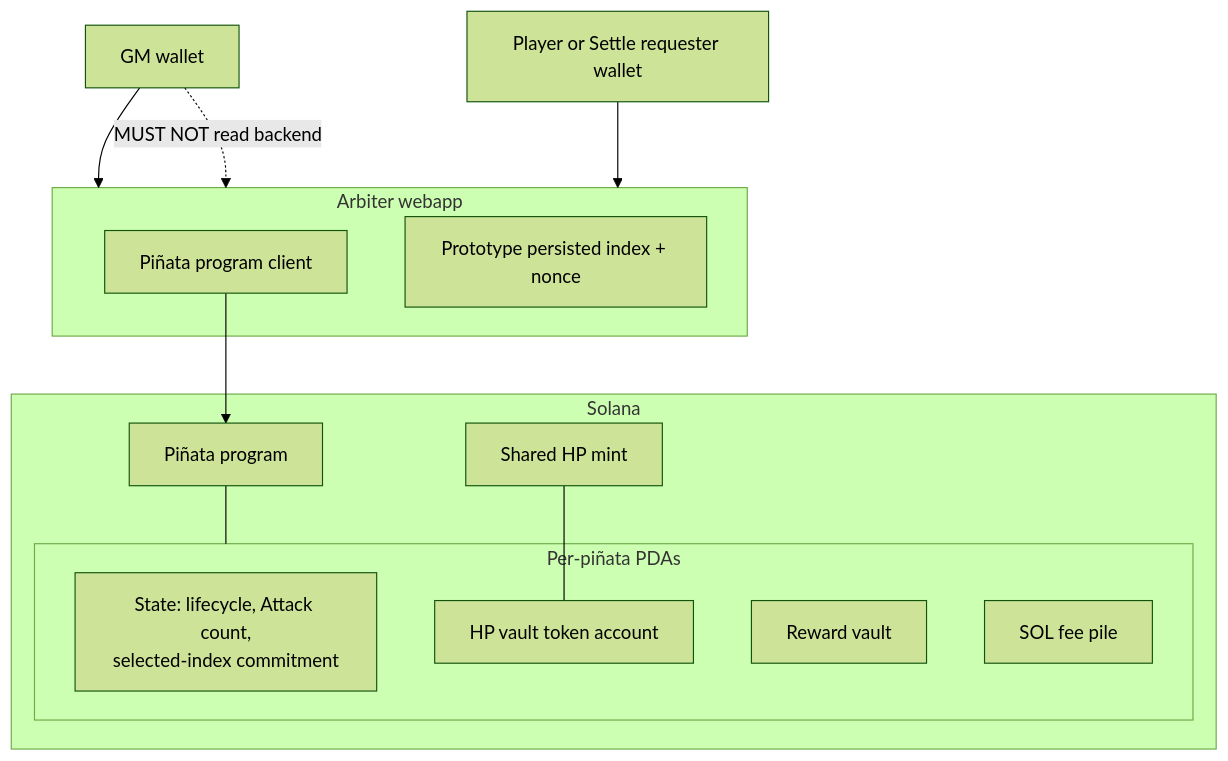
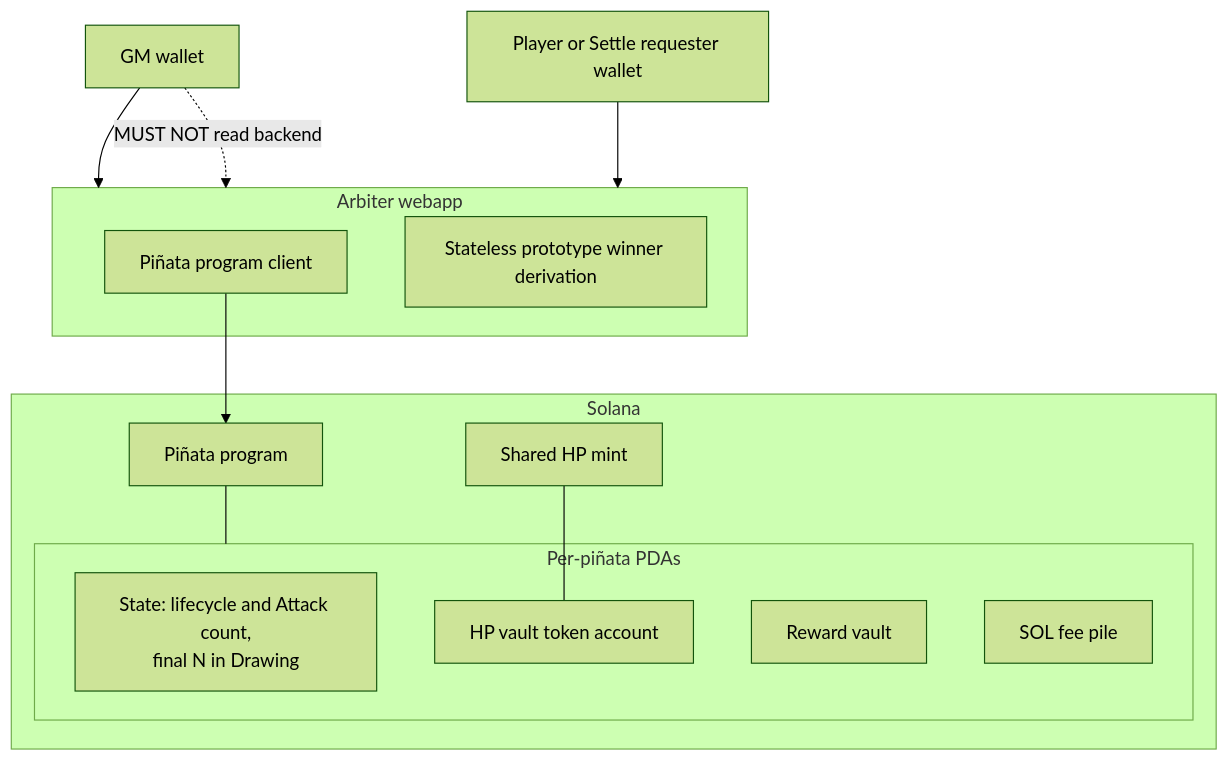
One commit to kilogold/confidential-pinata changed the first of 2 diagrams in docs/deployment.md. Above: the diagram before and after it, drawn with Mermaid (forest theme). The commit also changed other lines of this file and 6 other files, not shown here.

Commit message:
Document stateless prototype raffle derivation

````diff
--- a/docs/deployment.md
+++ b/docs/deployment.md
@@ -13,28 +13,28 @@
 ```mermaid
 flowchart TB
   gmWallet[GM wallet]
   participantWallet[Player or Settle requester wallet]
 
   subgraph arbiter [Arbiter webapp]
     client[Piñata program client]
-    selection[Prototype persisted index + nonce]
+    selection[Stateless prototype winner derivation]
   end
 
   subgraph solana [Solana]
     program[Piñata program]
     hpMint[Shared HP mint]
     subgraph pdas [Per-piñata PDAs]
-      state[State: lifecycle, Attack count,<br/>selected-index commitment]
+      state[State: lifecycle and Attack count,<br/>final N in Drawing]
       hpVault[HP vault token account]
       rewardVault[Reward vault]
       solPile[SOL fee pile]
     end
     program --- pdas
     hpMint --- hpVault
   end
 
   gmWallet --> arbiter
   participantWallet --> arbiter
   client --> program
   gmWallet -.->|MUST NOT read backend| arbiter
 ```
````
